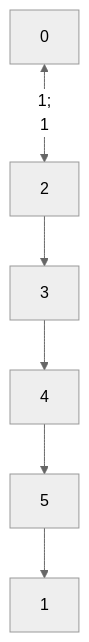
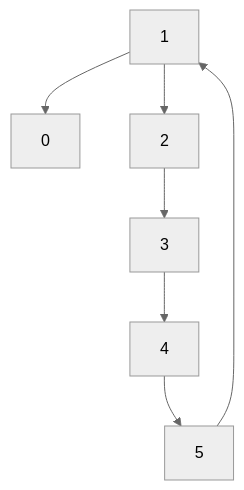
The diagram in Problems/1466. (M) Reorder Routes to Make All Paths Lead to the City Zero/Python3/README.md (SalinatedCoffee/my-leetcode-solutions), drawn with Mermaid (neutral theme) before and after one commit.

Commit message:
Fix diagram syntax error

````diff
--- a/Problems/1466. (M) Reorder Routes to Make All Paths Lead to the City Zero/Python3/README.md
+++ b/Problems/1466. (M) Reorder Routes to Make All Paths Lead to the City Zero/Python3/README.md
@@ -6,9 +6,9 @@
 ```mermaid
 graph TD;
-0<--1;
+1-->0;
 1-->2;
 2-->3;
 3-->4;
 4-->5;
 5-->1;
 ```
````
